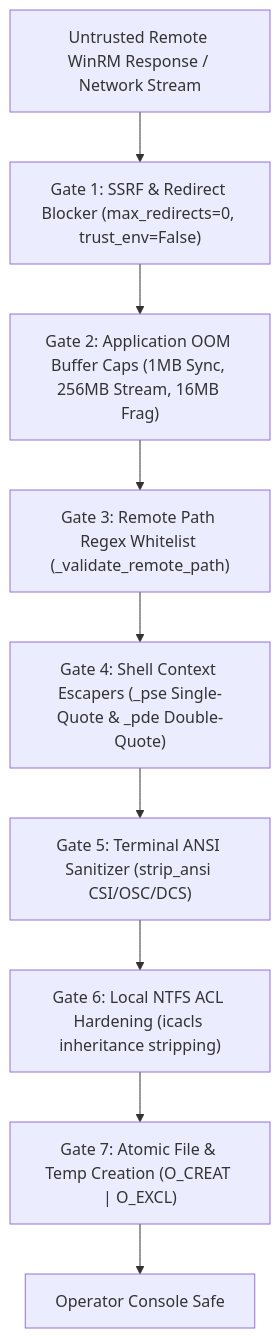
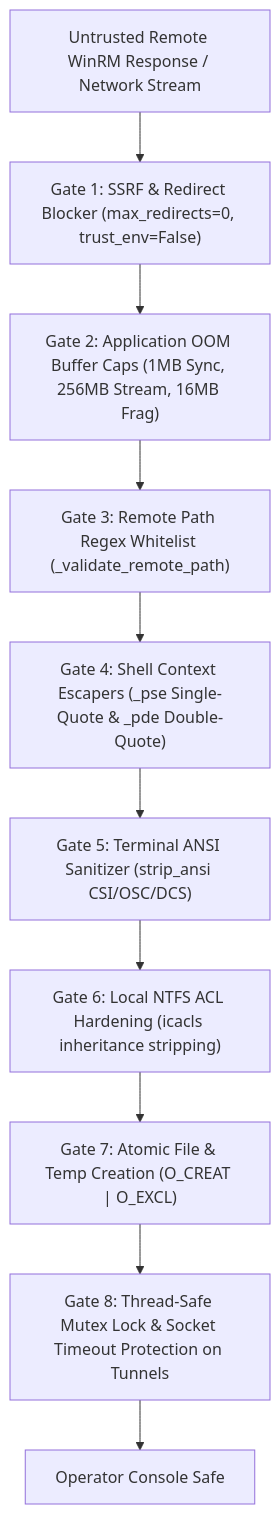
The first of 2 diagrams in docs/06_security_boundaries_and_hardening.md (uziii2208/PwnRM), drawn with Mermaid before and after one commit. The commit also changed other lines of this file and 26 other files, not shown here.

````diff
--- a/docs/06_security_boundaries_and_hardening.md
+++ b/docs/06_security_boundaries_and_hardening.md
@@ -9,14 +9,15 @@
 ```mermaid
 graph TD
     TargetResponse["Untrusted Remote WinRM Response / Network Stream"]
 
     Gate1["Gate 1: SSRF & Redirect Blocker (max_redirects=0, trust_env=False)"]
     Gate2["Gate 2: Application OOM Buffer Caps (1MB Sync, 256MB Stream, 16MB Frag)"]
     Gate3["Gate 3: Remote Path Regex Whitelist (_validate_remote_path)"]
     Gate4["Gate 4: Shell Context Escapers (_pse Single-Quote & _pde Double-Quote)"]
     Gate5["Gate 5: Terminal ANSI Sanitizer (strip_ansi CSI/OSC/DCS)"]
     Gate6["Gate 6: Local NTFS ACL Hardening (icacls inheritance stripping)"]
     Gate7["Gate 7: Atomic File & Temp Creation (O_CREAT | O_EXCL)"]
+    Gate8["Gate 8: Thread-Safe Mutex Lock & Socket Timeout Protection on Tunnels"]
 
-    TargetResponse --> Gate1 --> Gate2 --> Gate3 --> Gate4 --> Gate5 --> Gate6 --> Gate7 --> SafeState["Operator Console Safe"]
+    TargetResponse --> Gate1 --> Gate2 --> Gate3 --> Gate4 --> Gate5 --> Gate6 --> Gate7 --> Gate8 --> SafeState["Operator Console Safe"]
 ```
````
